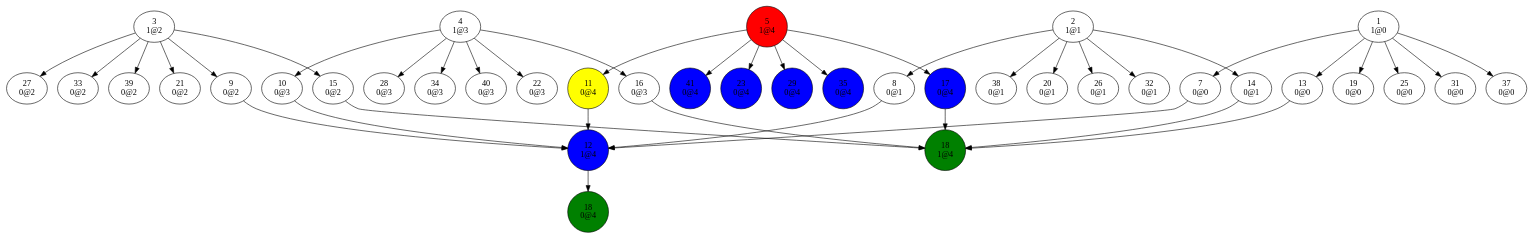
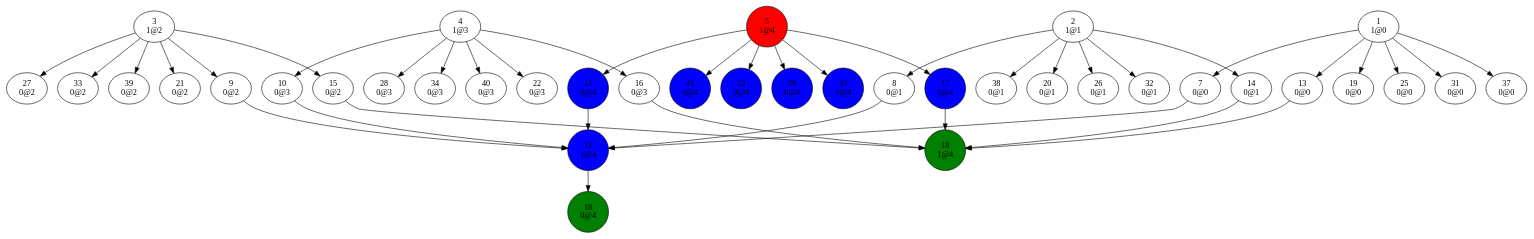
One commit to Oxmose/SATSolver changed the diagram in dev/bin/conflictGraph0.dot. Above: the diagram before and after it, drawn with Graphviz. The commit also changed 28 other files, not shown here.

```diff
--- a/dev/bin/conflictGraph0.dot
+++ b/dev/bin/conflictGraph0.dot
@@ -1,189 +1,189 @@
 digraph {
 "1
 1@0"->"7
 0@0";
 "1
 1@0"->"13
 0@0";
 "1
 1@0"->"19
 0@0";
 "1
 1@0"->"25
 0@0";
 "1
 1@0"->"31
 0@0";
 "1
 1@0"->"37
 0@0";
 "2
 1@1"->"8
 0@1";
 "2
 1@1"->"14
 0@1";
 "2
 1@1"->"20
 0@1";
 "2
 1@1"->"26
 0@1";
 "2
 1@1"->"32
 0@1";
 "2
 1@1"->"38
 0@1";
 "3
 1@2"->"9
 0@2";
 "3
 1@2"->"15
 0@2";
 "3
 1@2"->"21
 0@2";
 "3
 1@2"->"27
 0@2";
 "3
 1@2"->"33
 0@2";
 "3
 1@2"->"39
 0@2";
 "4
 1@3"->"10
 0@3";
 "4
 1@3"->"16
 0@3";
 "4
 1@3"->"22
 0@3";
 "4
 1@3"->"28
 0@3";
 "4
 1@3"->"34
 0@3";
 "4
 1@3"->"40
 0@3";
 "5
 1@4"->"11
 0@4";
 "5
 1@4"->"17
 0@4";
 "5
 1@4"->"23
 0@4";
 "5
 1@4"->"29
 0@4";
 "5
 1@4"->"35
 0@4";
 "5
 1@4"->"41
 0@4";
 "7
 0@0"->"12
 1@4";
 "8
 0@1"->"12
 1@4";
 "9
 0@2"->"12
 1@4";
 "10
 0@3"->"12
 1@4";
 "11
 0@4"->"12
 1@4";
 "12
 1@4"->"18
 0@4";
 "13
 0@0"->"18
 1@4";
 "14
 0@1"->"18
 1@4";
 "15
 0@2"->"18
 1@4";
 "16
 0@3"->"18
 1@4";
 "17
 0@4"->"18
 1@4";
 "18
 0@4";
 "18
 1@4";
 "19
 0@0";
 "20
 0@1";
 "21
 0@2";
 "22
 0@3";
 "23
 0@4";
 "25
 0@0";
 "26
 0@1";
 "27
 0@2";
 "28
 0@3";
 "29
 0@4";
 "31
 0@0";
 "32
 0@1";
 "33
 0@2";
 "34
 0@3";
 "35
 0@4";
 "37
 0@0";
 "38
 0@1";
 "39
 0@2";
 "40
 0@3";
 "41
 0@4";
 "5
 1@4"[shape=circle, style=filled, fillcolor=red];
 "11
-0@4"[shape=circle, style=filled, fillcolor=yellow];
+0@4"[shape=circle, style=filled, fillcolor=blue];
 "12
 1@4"[shape=circle, style=filled, fillcolor=blue];
 "17
 0@4"[shape=circle, style=filled, fillcolor=blue];
 "18
 0@4"[shape=circle, style=filled, fillcolor=green];
 "18
 1@4"[shape=circle, style=filled, fillcolor=green];
 "23
 0@4"[shape=circle, style=filled, fillcolor=blue];
 "29
 0@4"[shape=circle, style=filled, fillcolor=blue];
 "35
 0@4"[shape=circle, style=filled, fillcolor=blue];
 "41
 0@4"[shape=circle, style=filled, fillcolor=blue];
 }
```
